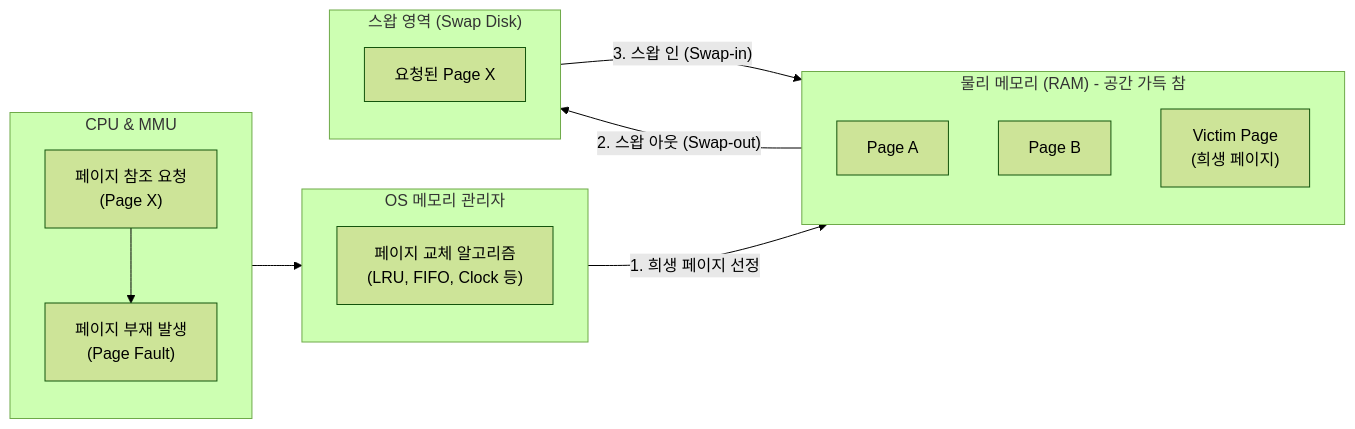
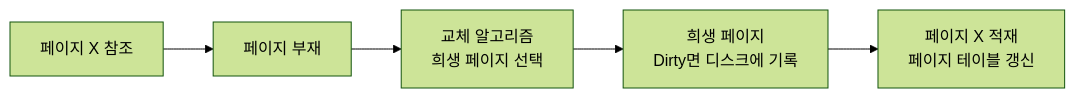
One commit to supremethumb/supremethumb.github.io changed the diagram in content/01_IT Tech/페이지 교체 알고리즘.md. Above: the diagram before and after it, drawn with Mermaid (forest theme). The commit also changed other lines of this file and 1087 other files, not shown here.

````diff
--- a/content/01_IT Tech/페이지 교체 알고리즘.md
+++ b/content/01_IT Tech/페이지 교체 알고리즘.md
@@ -23,32 +35,7 @@
 ```mermaid
 flowchart LR
-    subgraph CPU_MMU ["CPU & MMU"]
-        direction TB
-        Request["페이지 참조 요청<br/>(Page X)"]
-        PF["페이지 부재 발생<br/>(Page Fault)"]
-        Request --> PF
-    end
-
-    subgraph Memory ["물리 메모리 (RAM) - 공간 가득 참"]
-        direction TB
-        PageA["Page A"]
-        PageB["Page B"]
-        Victim["Victim Page<br/>(희생 페이지)"]
-    end
-
-    subgraph OS_Manager ["OS 메모리 관리자"]
-        direction TB
-        Algorithm["페이지 교체 알고리즘<br/>(LRU, FIFO, Clock 등)"]
-    end
-
-    subgraph Disk ["스왑 영역 (Swap Disk)"]
-        direction TB
-        PageX["요청된 Page X"]
-    end
-
-    PF --> Algorithm
-    Algorithm -- "1. 희생 페이지 선정" --> Victim
-    Victim -- "2. 스왑 아웃 (Swap-out)" --> Disk
-    PageX -- "3. 스왑 인 (Swap-in)" --> Memory
-
+    REQ["페이지 X 참조"] --> PF["페이지 부재"]
+    PF --> ALG["교체 알고리즘<br/>희생 페이지 선택"]
+    ALG --> OUT["희생 페이지<br/>Dirty면 디스크에 기록"]
+    OUT --> IN["페이지 X 적재<br/>페이지 테이블 갱신"]
 ```
````
